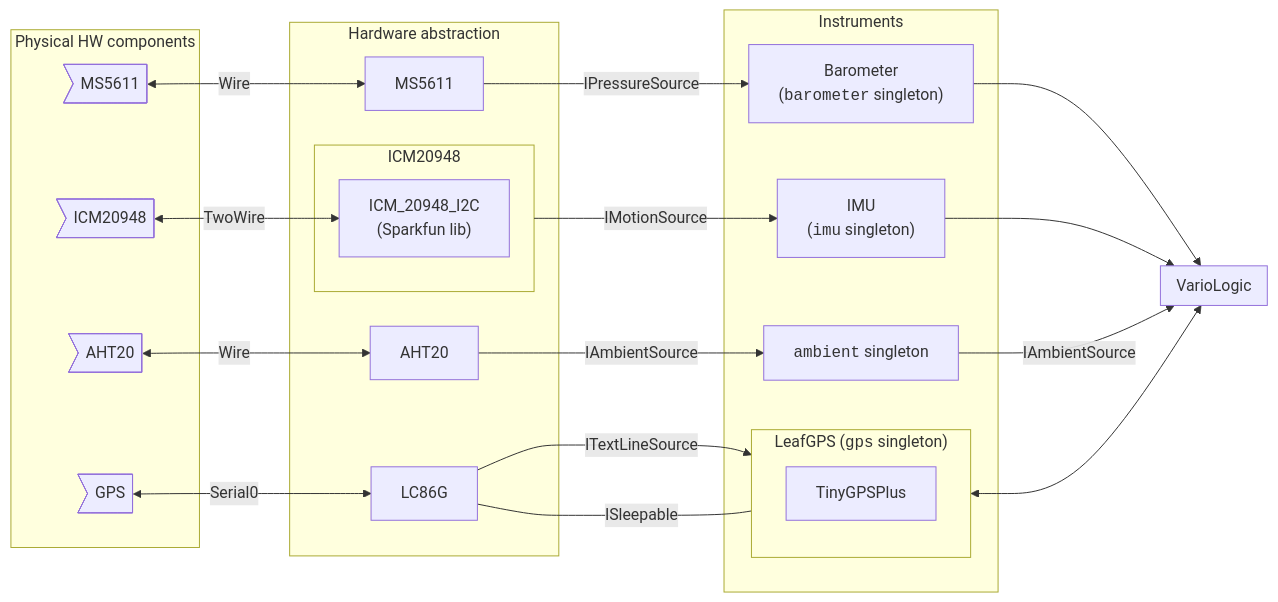
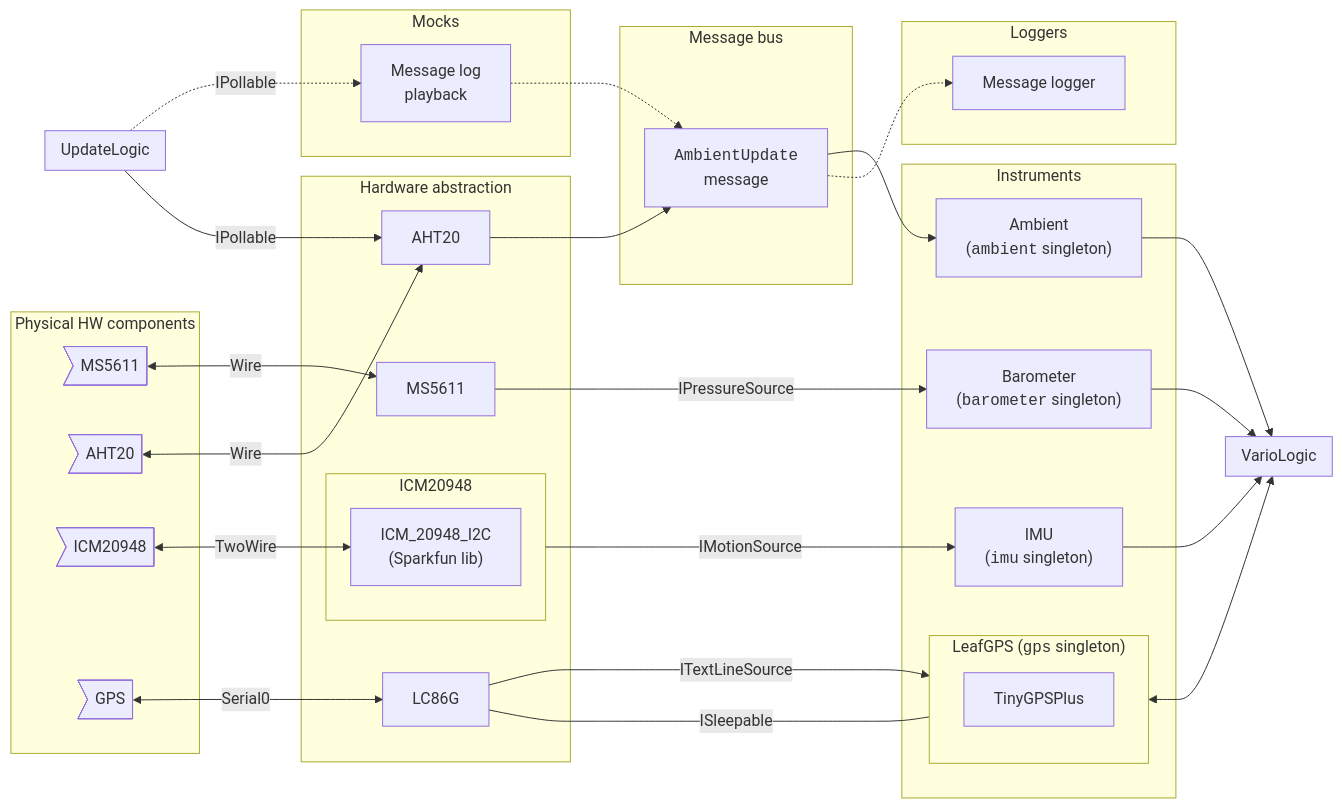
One commit to DangerMonkeys/leaf changed the diagram in src/vario/README.md. Above: the diagram before and after it, drawn with Mermaid. The commit also changed 23 other files, not shown here.

First line of the commit message:
Send ambient data through message bus (#165)

````diff
--- a/src/vario/README.md
+++ b/src/vario/README.md
@@ -47,43 +47,65 @@
 ```mermaid
 flowchart LR
     subgraph Physical HW components
         MS5611dev>MS5611]
         AHT20dev>AHT20]
         ICM20948dev>ICM20948]
         GPSdev>GPS]
     end
 
     subgraph Hardware abstraction
         AHT20hw["AHT20"]
         MS5611["MS5611"]
         subgraph ICM20948
             ICM_20948_I2C
         end
         LC86G
     end
 
+    subgraph Mocks
+        MessagePlayback["Message log<br>playback"]
+    end
+
     subgraph Instruments
-        Ambient["<code>ambient</code> singleton"]
+        Ambient["Ambient<br>(<code>ambient</code> singleton)"]
         Barometer["Barometer<br>(<code>barometer</code> singleton)"]
         IMU["IMU<br>(<code>imu</code> singleton)"]
         subgraph LeafGPS["LeafGPS (<code>gps</code> singleton)"]
             TinyGPSPlus
         end
     end
 
+    subgraph Loggers
+        MessageLogger["Message logger"]
+    end
+
+    subgraph Message bus
+        AmbientUpdateMessage["<code>AmbientUpdate</code><br>message"]
+    end
+
+    subgraph UpdateLogic
+    end
+
     subgraph VarioLogic
     end
 
+    UpdateLogic -.->|IPollable| MessagePlayback
+    UpdateLogic -->|IPollable| AHT20hw
+
     MS5611dev <-->|Wire| MS5611 -->|IPressureSource| Barometer
-    AHT20dev <-->|Wire| AHT20hw -->|IAmbientSource| Ambient
+    AHT20dev <-->|Wire| AHT20hw --> AmbientUpdateMessage --> Ambient
     GPSdev <-->|Serial0| LC86G -->|ITextLineSource| LeafGPS
     LC86G ---|ISleepable| LeafGPS
+
+    MessagePlayback -.-> AmbientUpdateMessage
 
     ICM20948dev <-->|TwoWire| ICM_20948_I2C["ICM_20948_I2C<br>(Sparkfun lib)"]
     ICM20948 -->|IMotionSource| IMU
 
+    AmbientUpdateMessage -.-> MessageLogger
+
     Barometer --> VarioLogic
     IMU --> VarioLogic
-    Ambient -->|IAmbientSource| VarioLogic
+    Ambient --> VarioLogic
     LeafGPS <--> VarioLogic
 ```
````
